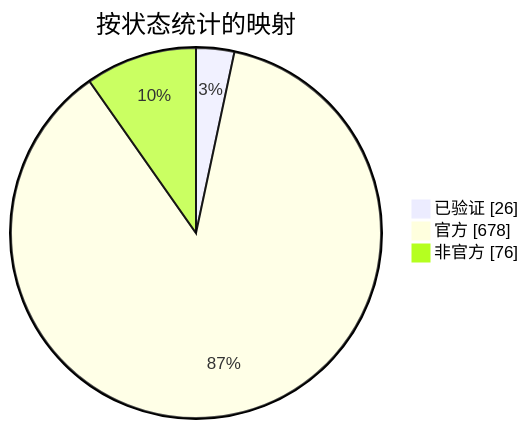
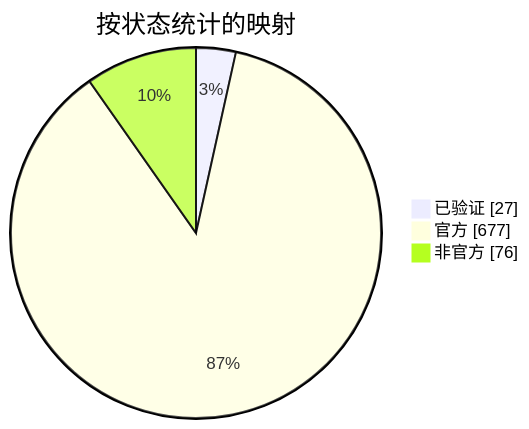
Before and after one commit to nobrega8/mbmap-library: the diagram in docs/readme/README_ZHS.md, drawn with Mermaid. The commit also changed 7 other files, not shown here.

````diff
--- a/docs/readme/README_ZHS.md
+++ b/docs/readme/README_ZHS.md
@@ -54,7 +54,7 @@
 ```mermaid
 pie showData
     title 按状态统计的映射
-    "已验证" : 26
-    "官方" : 678
+    "已验证" : 27
+    "官方" : 677
     "非官方" : 76
 ```
````
